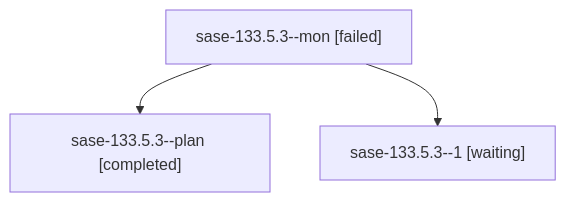
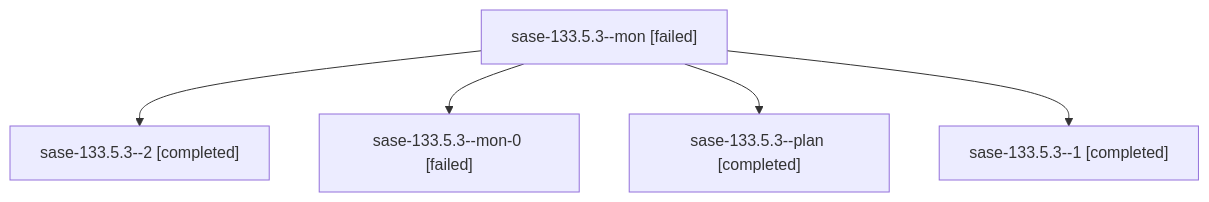
Before and after one commit to sase-org/sase--agents: the diagram in families/bbugyi200.athena.sase-133.5.3.md, drawn with Mermaid. The commit also changed other lines of this file and 110 other files, not shown here.

````diff
--- a/families/bbugyi200.athena.sase-133.5.3.md
+++ b/families/bbugyi200.athena.sase-133.5.3.md
@@ -9,8 +9,12 @@
 ```mermaid
 flowchart TD
   n0["sase-133.5.3--mon [failed]"]
-  n1["sase-133.5.3--plan [completed]"]
+  n1["sase-133.5.3--2 [completed]"]
   n0 --> n1
-  n2["sase-133.5.3--1 [waiting]"]
+  n2["sase-133.5.3--mon-0 [failed]"]
   n0 --> n2
+  n3["sase-133.5.3--plan [completed]"]
+  n0 --> n3
+  n4["sase-133.5.3--1 [completed]"]
+  n0 --> n4
 ```
````
